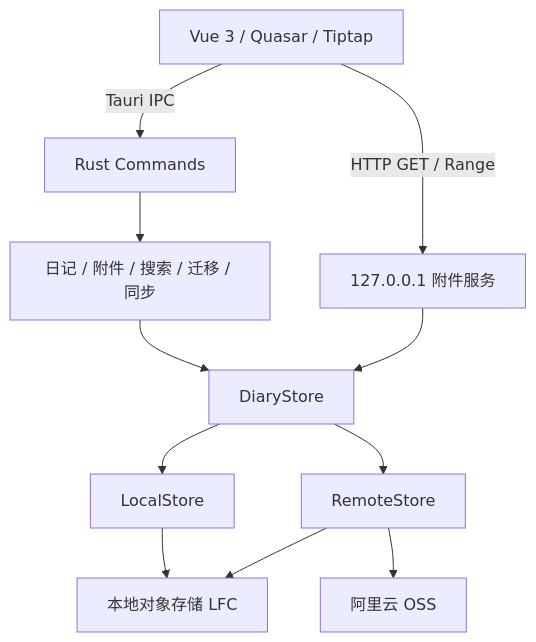
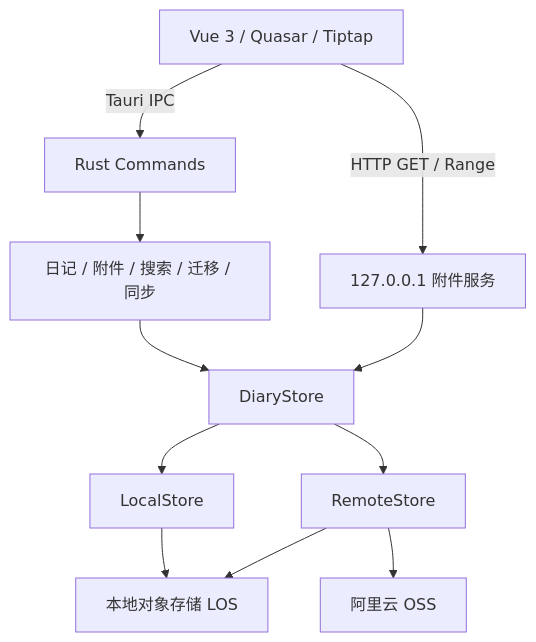
One commit to surkaa/surkaa-pad changed the diagram in README.md. Above: the diagram before and after it, drawn with Mermaid. The commit also changed other lines of this file and 16 other files, not shown here.

````diff
--- a/README.md
+++ b/README.md
@@ -56,13 +56,13 @@
 ```mermaid
 flowchart TB
     Vue["Vue 3 / Quasar / Tiptap"] -->|Tauri IPC| Commands["Rust Commands"]
     Commands --> Domain["日记 / 附件 / 搜索 / 迁移 / 同步"]
     Domain --> Store["DiaryStore"]
     Store --> Local["LocalStore"]
     Store --> Remote["RemoteStore"]
-    Local --> LFC["本地对象存储 LFC"]
+    Local --> LOS["本地对象存储 LOS"]
     Remote --> OSS["阿里云 OSS"]
-    Remote --> LFC
+    Remote --> LOS
     Vue -->|HTTP GET / Range| AttachmentServer["127.0.0.1 附件服务"]
     AttachmentServer --> Store
 ```
````
